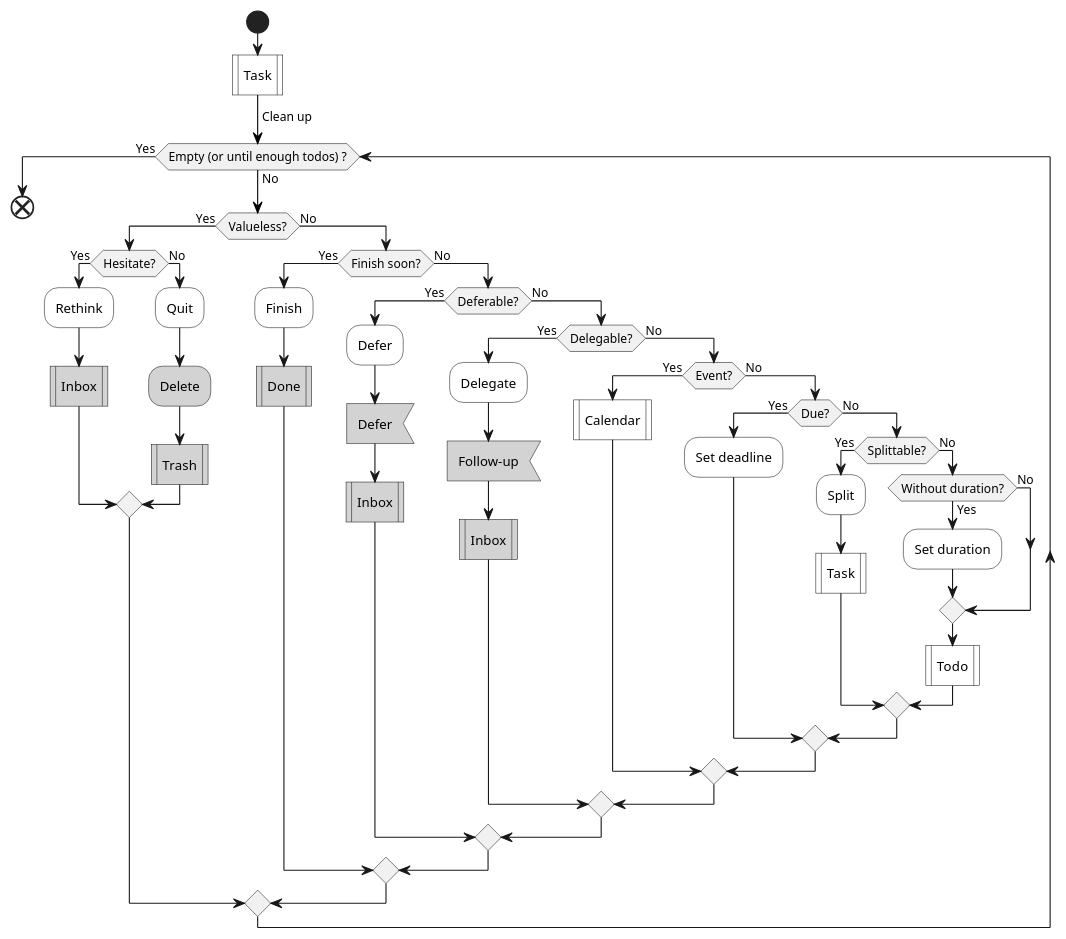
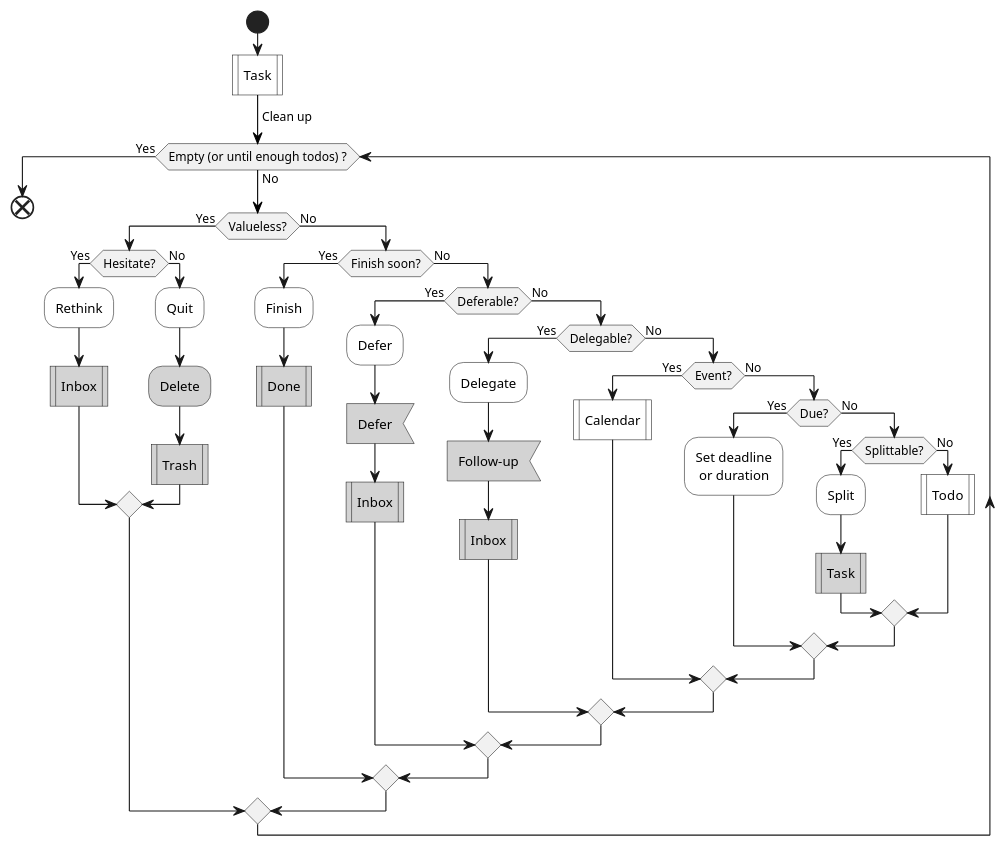
The second of 4 diagrams in lifelogs/rehabilitation.md (IceHe/icehe-lib), drawn with PlantUML before and after one commit. The commit also changed other lines of this file, not shown here.

````diff
--- a/lifelogs/rehabilitation.md
+++ b/lifelogs/rehabilitation.md
@@ -233,58 +229,54 @@
 ```plantuml
 @startuml
 start
 #white:Task|
 -[#black]-> Clean up;
 while (Empty (or until enough todos) ?) is (No)
     if (Valueless?) then (Yes)
         if (Hesitate?) then (Yes)
             #white:Rethink;
             #lightGray:Inbox|
         else (No)
             #white:Quit;
             #lightGray:Delete;
             #lightGray:Trash|
         endif
     else (No)
         if (Finish soon?) then (Yes)
             #white:Finish;
             #lightGray:Done|
         else (No)
             if (Deferable?) then (Yes)
                 #white:Defer;
                 #lightGray:Defer<
                 #lightGray:Inbox|
             else (No)
                 if (Delegable?) then (Yes)
                     #white:Delegate;
                     #lightGray:Follow-up<
                     #lightGray:Inbox|
                 else (No)
                     if (Event?) then (Yes)
                         #white:Calendar|
                         '#white:Events|
                     else (No)
                         if (Due?) then (Yes)
-                            #white:Set deadline;
+                            #white:Set deadline\n or duration;
                         else (No)
                             if (Splittable?) then (Yes)
                                 #white:Split;
                                 'note right : SMART 法则
-                                #white:Task|
+                                #lightGray:Task|
                             else (No)
-                                if (Without duration?) then (Yes)
-                                    #white:Set duration;
-                                else (No)
-                                endif
                                 #white:Todo|
                             endif
                         endif
                     endif
                 endif
             endif
         endif
     endif
 endwhile (Yes)
 end
 @enduml
 ```
````
